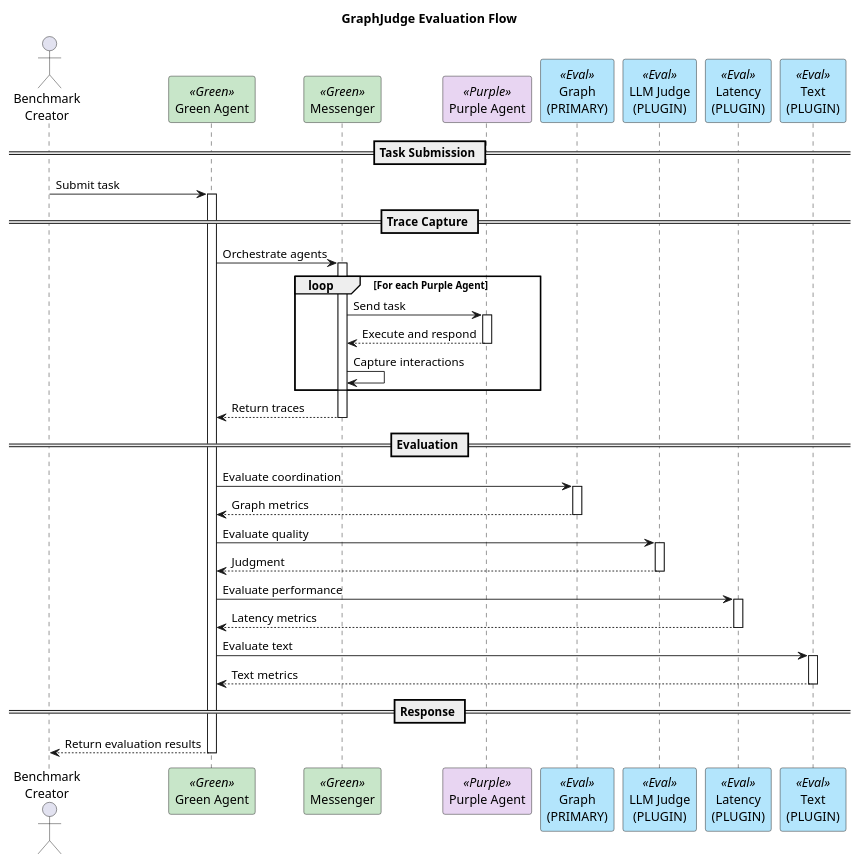
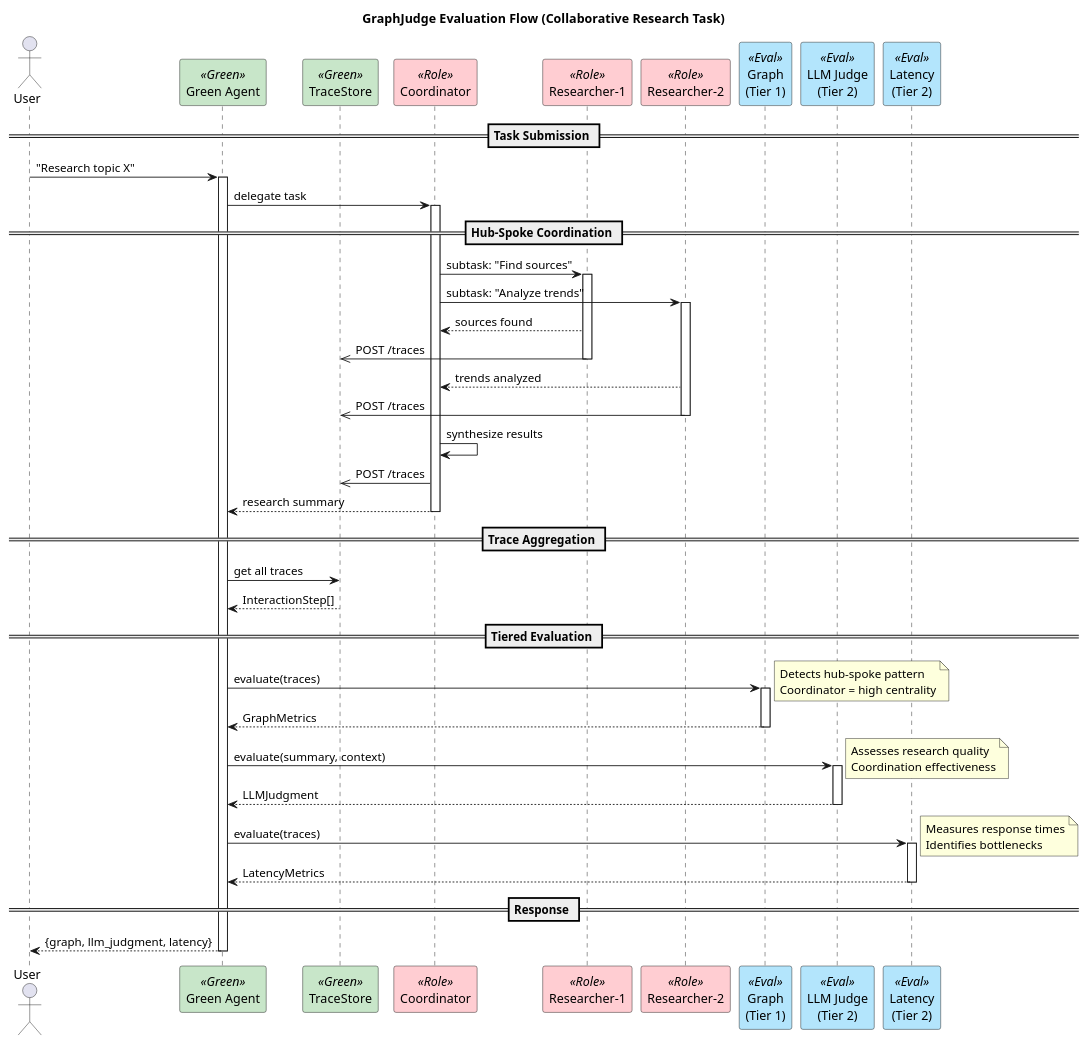
Before and after one commit to qte77/RDI-AgentBeats-MAS-GraphJudge: the diagram in docs/arch_vis/EvaluationFlow.puml, drawn with PlantUML. The commit also changed 5 other files, not shown here.

First line of the commit message:
docs(arch,ralph): update diagrams for Feature 8 and enhance PRD script safety

```diff
--- a/docs/arch_vis/EvaluationFlow.puml
+++ b/docs/arch_vis/EvaluationFlow.puml
@@ -1,63 +1,73 @@
 @startuml EvaluationFlow
-title GraphJudge Evaluation Flow
+title GraphJudge Evaluation Flow (Collaborative Research Task)
 
 skinparam participant {
     BackgroundColor<<Purple>> #E8D5F2
     BackgroundColor<<Green>> #C8E6C9
     BackgroundColor<<Eval>> #B3E5FC
+    BackgroundColor<<Role>> #FFCDD2
 }
 
-actor "Benchmark\nCreator" as User
+actor "User" as User
 participant "Green Agent" as Green <<Green>>
-participant "Messenger" as Msg <<Green>>
-participant "Purple Agent" as Purple <<Purple>>
-participant "Graph\n(PRIMARY)" as Graph <<Eval>>
-participant "LLM Judge\n(PLUGIN)" as LLM <<Eval>>
-participant "Latency\n(PLUGIN)" as Latency <<Eval>>
-participant "Text\n(PLUGIN)" as Text <<Eval>>
+participant "TraceStore" as Store <<Green>>
+participant "Coordinator" as Coord <<Role>>
+participant "Researcher-1" as R1 <<Role>>
+participant "Researcher-2" as R2 <<Role>>
+participant "Graph\n(Tier 1)" as Graph <<Eval>>
+participant "LLM Judge\n(Tier 2)" as LLM <<Eval>>
+participant "Latency\n(Tier 2)" as Latency <<Eval>>
 
 == Task Submission ==
-User -> Green: Submit task
+User -> Green: "Research topic X"
 activate Green
+Green -> Coord: delegate task
+activate Coord
 
-== Trace Capture ==
-Green -> Msg: Orchestrate agents
-activate Msg
+== Hub-Spoke Coordination ==
+Coord -> R1: subtask: "Find sources"
+activate R1
+Coord -> R2: subtask: "Analyze trends"
+activate R2
 
-loop For each Purple Agent
-    Msg -> Purple: Send task
-    activate Purple
-    Purple --> Msg: Execute and respond
-    deactivate Purple
-    Msg -> Msg: Capture interactions
-end
+R1 --> Coord: sources found
+R1 ->> Store: POST /traces
+deactivate R1
 
-Msg --> Green: Return traces
-deactivate Msg
+R2 --> Coord: trends analyzed
+R2 ->> Store: POST /traces
+deactivate R2
 
-== Evaluation ==
-Green -> Graph: Evaluate coordination
+Coord -> Coord: synthesize results
+Coord ->> Store: POST /traces
+Coord --> Green: research summary
+deactivate Coord
+
+== Trace Aggregation ==
+Green -> Store: get all traces
+Store --> Green: InteractionStep[]
+
+== Tiered Evaluation ==
+Green -> Graph: evaluate(traces)
 activate Graph
-Graph --> Green: Graph metrics
+note right: Detects hub-spoke pattern\nCoordinator = high centrality
+Graph --> Green: GraphMetrics
 deactivate Graph
 
-Green -> LLM: Evaluate quality
+Green -> LLM: evaluate(summary, context)
 activate LLM
-LLM --> Green: Judgment
+note right: Assesses research quality\nCoordination effectiveness
+LLM --> Green: LLMJudgment
 deactivate LLM
 
-Green -> Latency: Evaluate performance
+Green -> Latency: evaluate(traces)
 activate Latency
-Latency --> Green: Latency metrics
+note right: Measures response times\nIdentifies bottlenecks
+Latency --> Green: LatencyMetrics
 deactivate Latency
 
-Green -> Text: Evaluate text
-activate Text
-Text --> Green: Text metrics
-deactivate Text
-
 == Response ==
-Green --> User: Return evaluation results
+Green --> User: {graph, llm_judgment, latency}
 deactivate Green
 
 @enduml
```
